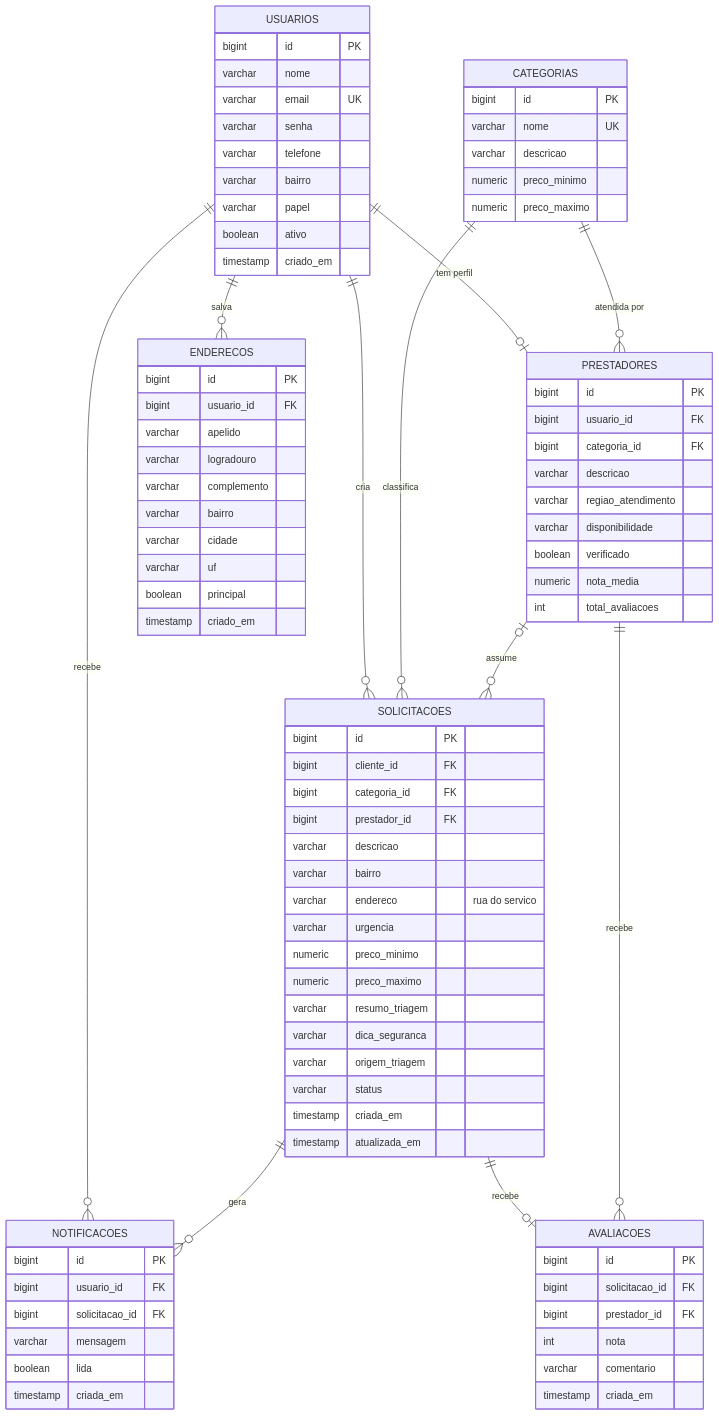
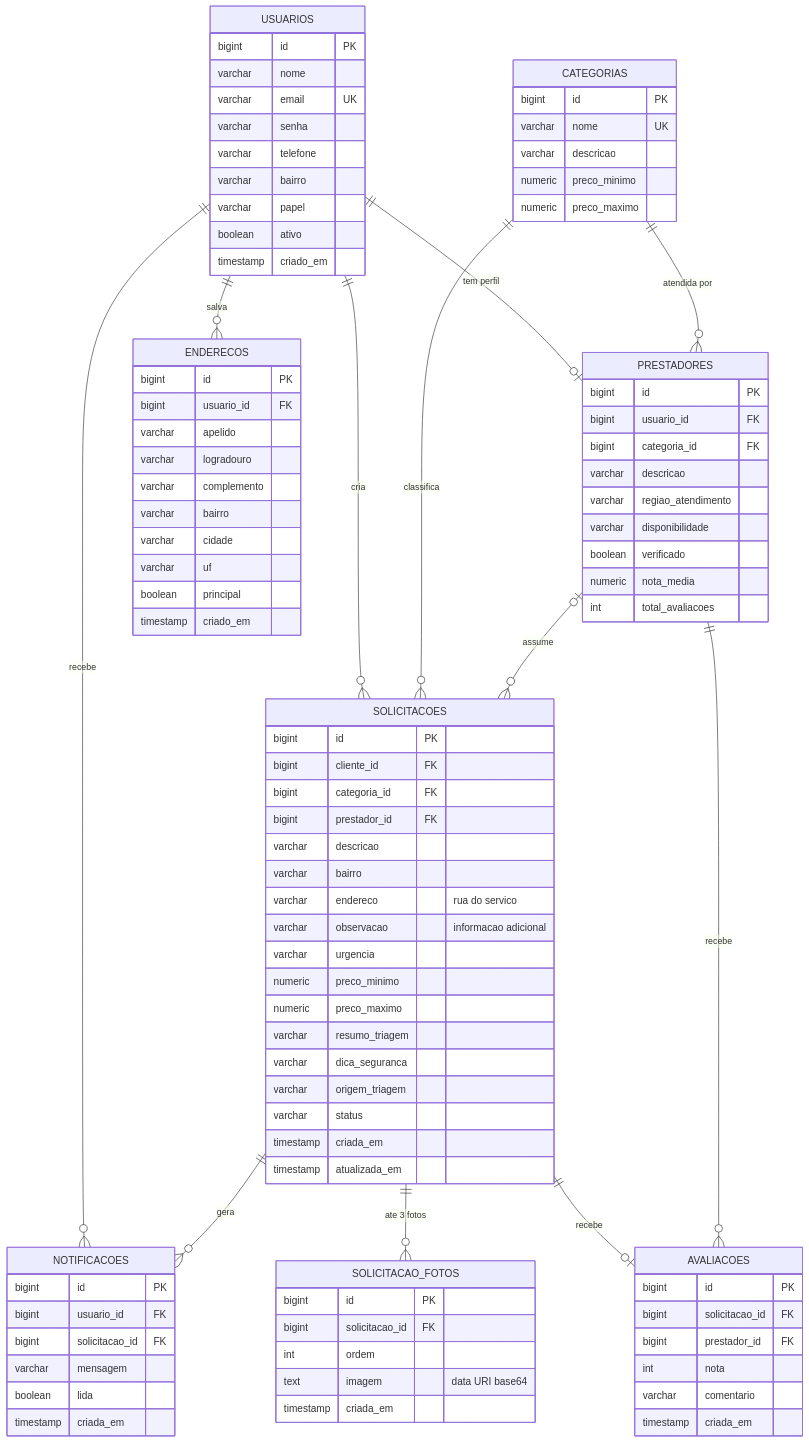
One commit to kaiky06301/bico-certo-java changed the third of 6 diagrams in README.md. Above: the diagram before and after it, drawn with Mermaid. The commit also changed other lines of this file and 12 other files, not shown here.

Commit message:
Pedido com fotos do problema e informacao adicional

```diff
--- a/README.md
+++ b/README.md
@@ -210,6 +211,14 @@
     SOLICITACOES ||--o{ NOTIFICACOES : "gera"
 
     USUARIOS ||--o{ ENDERECOS : "salva"
+    SOLICITACOES ||--o{ SOLICITACAO_FOTOS : "ate 3 fotos"
+    SOLICITACAO_FOTOS {
+        bigint id PK
+        bigint solicitacao_id FK
+        int ordem
+        text imagem "data URI base64"
+        timestamp criada_em
+    }
     ENDERECOS {
         bigint id PK
         bigint usuario_id FK
@@ -259,6 +268,7 @@
         varchar descricao
         varchar bairro
         varchar endereco "rua do servico"
+        varchar observacao "informacao adicional"
         varchar urgencia
         numeric preco_minimo
         numeric preco_maximo
```
